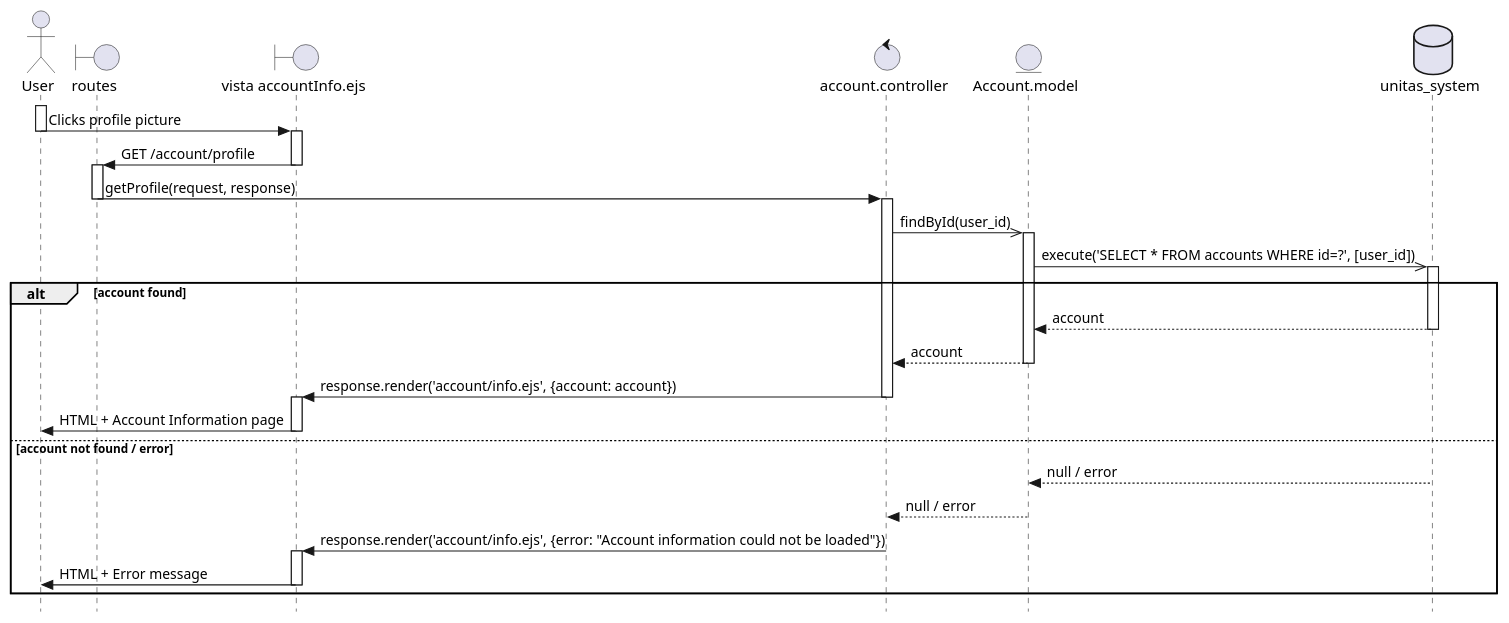
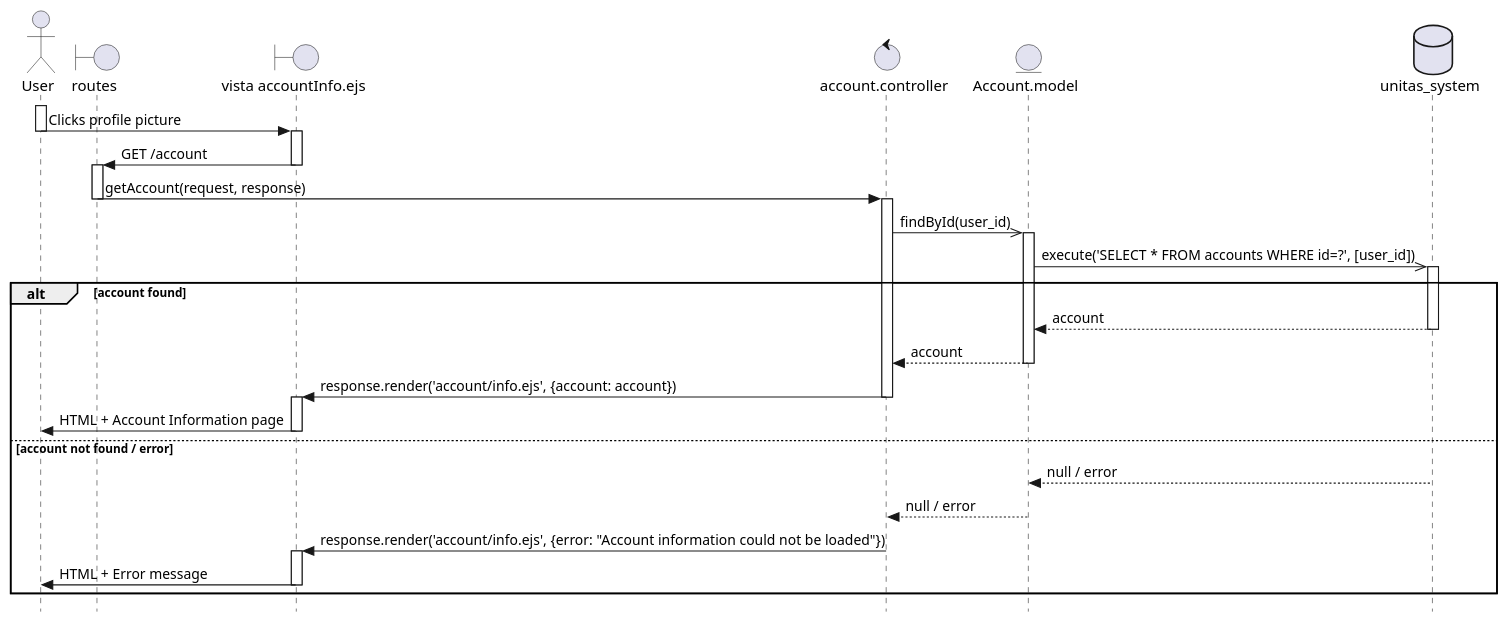
Before and after one commit to Berthou05/LimboSoftwareDevelopment_Change.org: the diagram in documentation/sequence_diagrams/ACC-01-01.puml, drawn with PlantUML. The commit also changed 2 other files, not shown here.

Commit message:
[REFACTOR] Add methods to account

```diff
--- a/documentation/sequence_diagrams/ACC-01-01.puml
+++ b/documentation/sequence_diagrams/ACC-01-01.puml
@@ -1,53 +1,53 @@
 @startuml
 skinparam style strictuml
 
 actor User as U
 boundary "routes" as RO
 boundary "vista accountInfo.ejs" as V
 control "account.controller" as C
 entity "Account.model" as AM
 database "unitas_system" as BD
 
 activate U
 U -> V:Clicks profile picture
 deactivate U
     activate V
-    V -> RO:GET /account/profile
+    V -> RO:GET /account
     deactivate V
         activate RO
-        RO -> C:getProfile(request, response)
+        RO -> C:getAccount(request, response)
         deactivate RO
             activate C
             C ->> AM:findById(user_id)
                 activate AM
                 AM ->> BD:execute('SELECT * FROM accounts WHERE id=?', [user_id])
                     activate BD
                     
                     alt account found
                         BD --> AM:account
                         deactivate BD
                         AM --> C:account
                         deactivate AM
                         
                         C -> V:response.render('account/info.ejs', {account: account})
                         deactivate C
                             activate V
                             V -> U:HTML + Account Information page
                             deactivate V
                     
                     else account not found / error
                         BD --> AM:null / error
                         deactivate BD
                         AM --> C:null / error
                         deactivate AM
                         
                         C -> V:response.render('account/info.ejs', {error: "Account information could not be loaded"})
                         deactivate C
                             activate V
                             V -> U:HTML + Error message
                             deactivate V
                     end
 
 activate U
 
 @enduml
```
